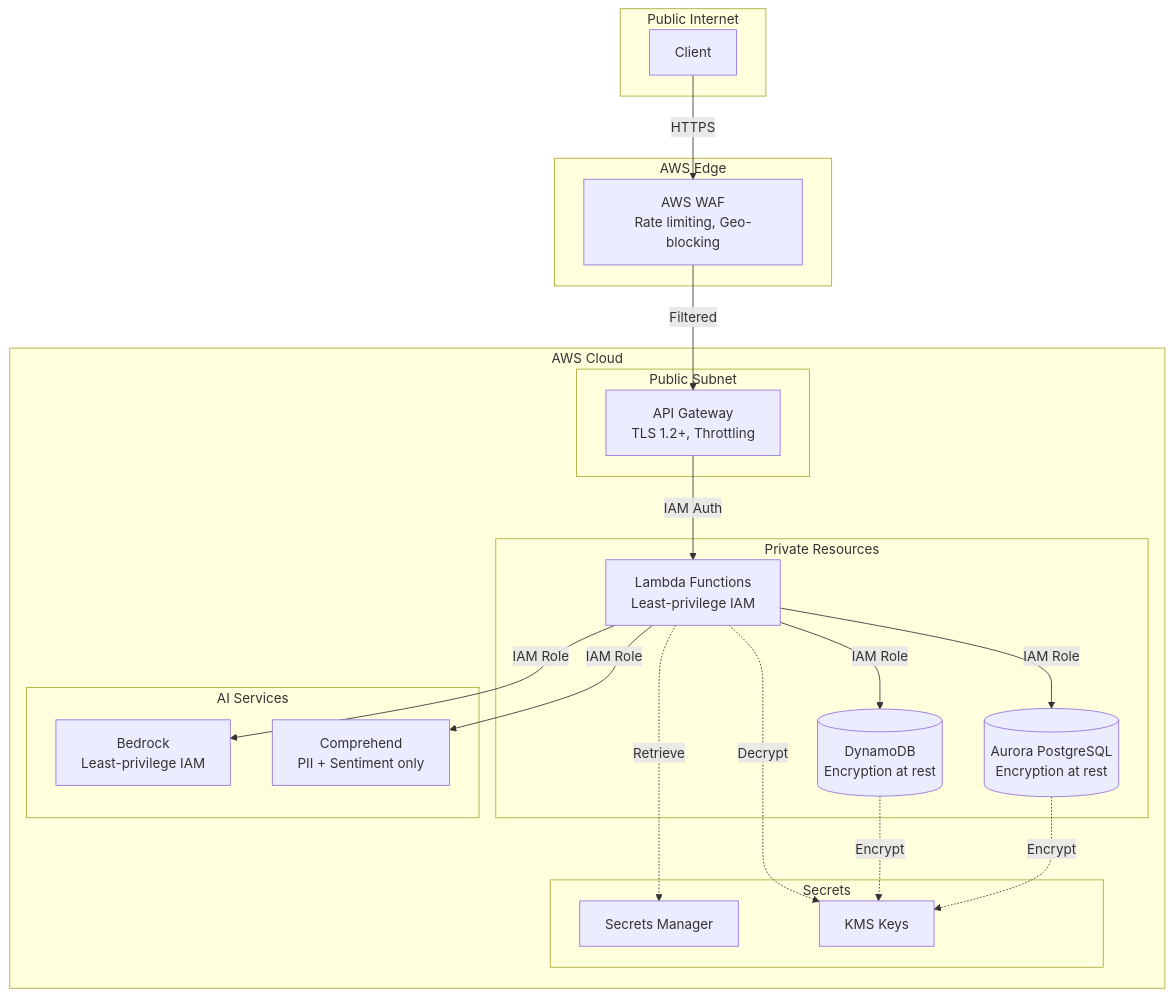
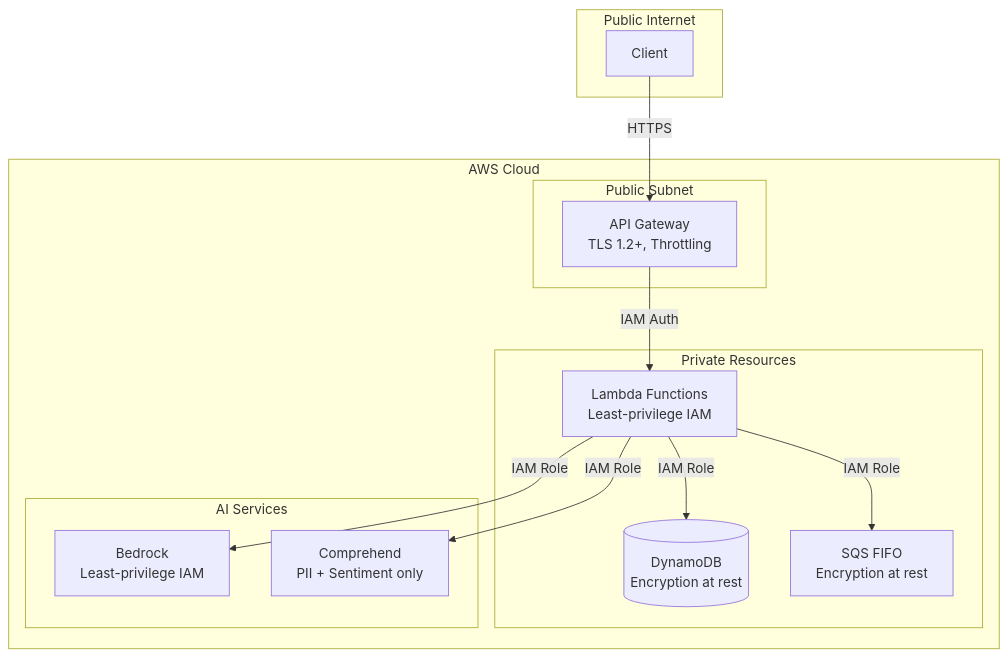
The second of 2 diagrams in docs/architecture/system-design.md (jujubear24/ai-customer-service-bot), drawn with Mermaid before and after one commit. The commit also changed other lines of this file and 3 other files, not shown here.

````diff
--- a/docs/architecture/system-design.md
+++ b/docs/architecture/system-design.md
@@ -712,44 +232,30 @@
 ```mermaid
 flowchart TB
     subgraph Public Internet
         CLIENT[Client]
-    end
-
-    subgraph AWS Edge
-        WAF[AWS WAF<br/>Rate limiting, Geo-blocking]
     end
 
     subgraph AWS Cloud
         subgraph Public Subnet
             APIGW[API Gateway<br/>TLS 1.2+, Throttling]
         end
 
         subgraph Private Resources
             LAMBDA[Lambda Functions<br/>Least-privilege IAM]
             DDB[(DynamoDB<br/>Encryption at rest)]
-            AURORA[(Aurora PostgreSQL<br/>Encryption at rest)]
+            SQS[SQS FIFO<br/>Encryption at rest]
         end
 
         subgraph AI Services
             BEDROCK[Bedrock<br/>Least-privilege IAM]
             COMPREHEND[Comprehend<br/>PII + Sentiment only]
         end
-
-        subgraph Secrets
-            SM[Secrets Manager]
-            KMS[KMS Keys]
-        end
     end
 
-    CLIENT -->|HTTPS| WAF
-    WAF -->|Filtered| APIGW
+    CLIENT -->|HTTPS| APIGW
     APIGW -->|IAM Auth| LAMBDA
     LAMBDA -->|IAM Role| DDB
-    LAMBDA -->|IAM Role| AURORA
+    LAMBDA -->|IAM Role| SQS
     LAMBDA -->|IAM Role| BEDROCK
     LAMBDA -->|IAM Role| COMPREHEND
-    LAMBDA -.->|Decrypt| KMS
-    LAMBDA -.->|Retrieve| SM
-    DDB -.->|Encrypt| KMS
-    AURORA -.->|Encrypt| KMS
 ```
````
